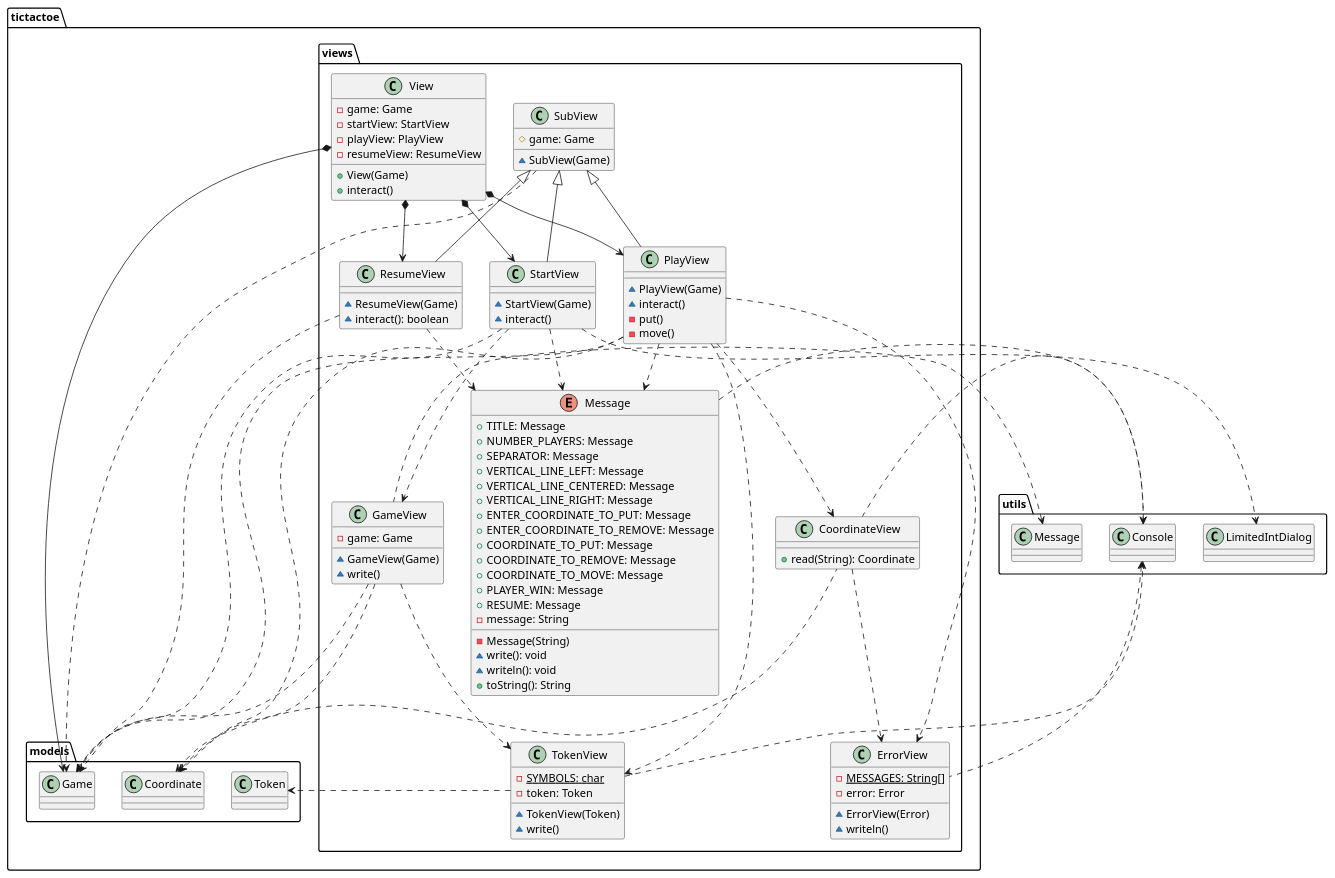
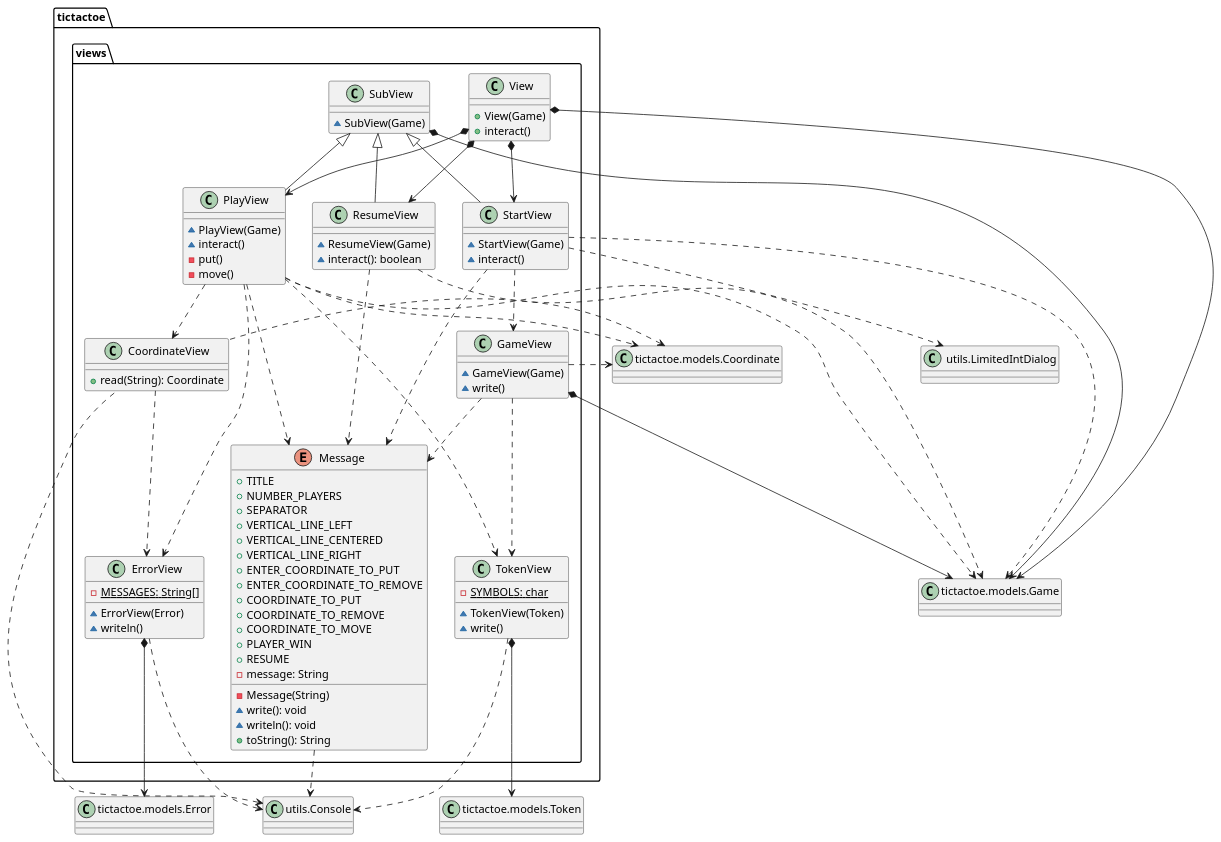
One commit to Jolucaa/USantaTecla-project-ticTacToe changed the second of 4 diagrams in documentView/console/docs/diagrams/src/paquetes.plantuml. Above: the diagram before and after it, drawn with PlantUML. The commit also changed other lines of this file and 5 other files, not shown here.

Commit message:
Finalizada versión documentView-console

```diff
--- a/documentView/console/docs/diagrams/src/paquetes.plantuml
+++ b/documentView/console/docs/diagrams/src/paquetes.plantuml
@@ -13,110 +13,110 @@
 @startuml tictactoe.views
+class Console as "utils.Console"{}
+class Coordinate as "tictactoe.models.Coordinate" {}
+class Game as "tictactoe.models.Game"{}
+class LimitedIntDialog as " utils.LimitedIntDialog"{}
+class Token as "tictactoe.models.Token"{}
+class Error as "tictactoe.models.Error"{}
+
 class  tictactoe.views.CoordinateView{
 + read(String): Coordinate
 }
-utils.Console <..-down- tictactoe.views.CoordinateView
-tictactoe.models.Coordinate <..-down- tictactoe.views.CoordinateView
+Console <..-down- tictactoe.views.CoordinateView
+Coordinate <..-down- tictactoe.views.CoordinateView
 tictactoe.views.CoordinateView ..> tictactoe.views.ErrorView
 
 class  tictactoe.views.ErrorView{
 - {static} MESSAGES: String[]
-- error: Error
 ~ ErrorView(Error)
 ~ writeln()
 }
-utils.Console <..-down- tictactoe.views.ErrorView
+Console <..-down- tictactoe.views.ErrorView
+tictactoe.views.ErrorView *-down-> Error
 
 class  tictactoe.views.GameView{
-- game: Game
 ~ GameView(Game)
 ~ write()
 }
-utils.Message <..-down- tictactoe.views.GameView
-tictactoe.views.GameView ..> tictactoe.models.Game
-tictactoe.views.GameView ..> tictactoe.models.Coordinate
+tictactoe.views.GameView ..> tictactoe.views.Message
+tictactoe.views.GameView *-down-> Game
+tictactoe.views.GameView ..> Coordinate
 tictactoe.views.GameView ..> tictactoe.views.TokenView
 
 enum  tictactoe.views.Message{
-+ TITLE: Message
-+ NUMBER_PLAYERS: Message 
-+ SEPARATOR: Message
-+ VERTICAL_LINE_LEFT: Message
-+ VERTICAL_LINE_CENTERED: Message
-+ VERTICAL_LINE_RIGHT: Message
-+ ENTER_COORDINATE_TO_PUT: Message
-+ ENTER_COORDINATE_TO_REMOVE: Message
-+ COORDINATE_TO_PUT: Message
-+ COORDINATE_TO_REMOVE: Message
-+ COORDINATE_TO_MOVE: Message
-+	PLAYER_WIN: Message
-+ RESUME: Message
++ TITLE
++ NUMBER_PLAYERS
++ SEPARATOR
++ VERTICAL_LINE_LEFT
++ VERTICAL_LINE_CENTERED
++ VERTICAL_LINE_RIGHT
++ ENTER_COORDINATE_TO_PUT
++ ENTER_COORDINATE_TO_REMOVE
++ COORDINATE_TO_PUT
++ COORDINATE_TO_REMOVE
++ COORDINATE_TO_MOVE
++	PLAYER_WIN
++ RESUME
 - message: String
 - Message(String)
 ~ write(): void
 ~ writeln(): void
 + toString(): String
 }
-tictactoe.views.Message ..> utils.Console
+tictactoe.views.Message ..> Console
 
 class  tictactoe.views.PlayView{
 ~ PlayView(Game)
 ~ interact()
 - put()
 - move()
 }
 tictactoe.views.SubView <|-down- tictactoe.views.PlayView
-tictactoe.views.PlayView ..> tictactoe.models.Game
+tictactoe.views.PlayView ..> Game
 tictactoe.views.PlayView ..> tictactoe.views.TokenView
 tictactoe.views.PlayView ..> tictactoe.views.Message
-tictactoe.views.PlayView ..> tictactoe.models.Coordinate
+tictactoe.views.PlayView ..> Coordinate
 tictactoe.views.PlayView ..> tictactoe.views.CoordinateView
 tictactoe.views.PlayView ..> tictactoe.views.ErrorView
 
 class  tictactoe.views.ResumeView{
 ~ ResumeView(Game)
 ~ interact(): boolean
 
 }
 tictactoe.views.SubView <|-down- tictactoe.views.ResumeView
-tictactoe.views.ResumeView ..> tictactoe.models.Game
+tictactoe.views.ResumeView ..> Game
 tictactoe.views.ResumeView ..> tictactoe.views.Message
 
 class tictactoe.views.StartView{
 ~ StartView(Game)
 ~ interact()
 }
 tictactoe.views.SubView <|-down- tictactoe.views.StartView
-tictactoe.views.StartView ..> tictactoe.models.Game
+tictactoe.views.StartView ..> Game
 tictactoe.views.StartView ..> tictactoe.views.GameView
-tictactoe.views.StartView ..> utils.LimitedIntDialog
+tictactoe.views.StartView ..> LimitedIntDialog
 tictactoe.views.StartView ..> tictactoe.views.Message
 
 class tictactoe.views.SubView{
-# game: Game
 ~ SubView(Game)
 }
 
-tictactoe.views.SubView ..> tictactoe.models.Game
+tictactoe.views.SubView *--> Game
 
 class tictactoe.views.TokenView{
 - {static} SYMBOLS: char
-- token: Token
 ~ TokenView(Token)
 ~ write()
 }
-tictactoe.views.TokenView ..> tictactoe.models.Token
-tictactoe.views.TokenView ..> utils.Console
+tictactoe.views.TokenView *--> Token
+tictactoe.views.TokenView ..> Console
 
 class  tictactoe.views.View{
-- game: Game
-- startView: StartView
-- playView: PlayView
-- resumeView: ResumeView
 + View(Game)
 + interact()
 }
-tictactoe.views.View *-down-> tictactoe.models.Game
+tictactoe.views.View *-down-> Game
 tictactoe.views.View *-down-> tictactoe.views.StartView
 tictactoe.views.View *-down-> tictactoe.views.PlayView
 tictactoe.views.View *-down-> tictactoe.views.ResumeView
 @enduml
```
